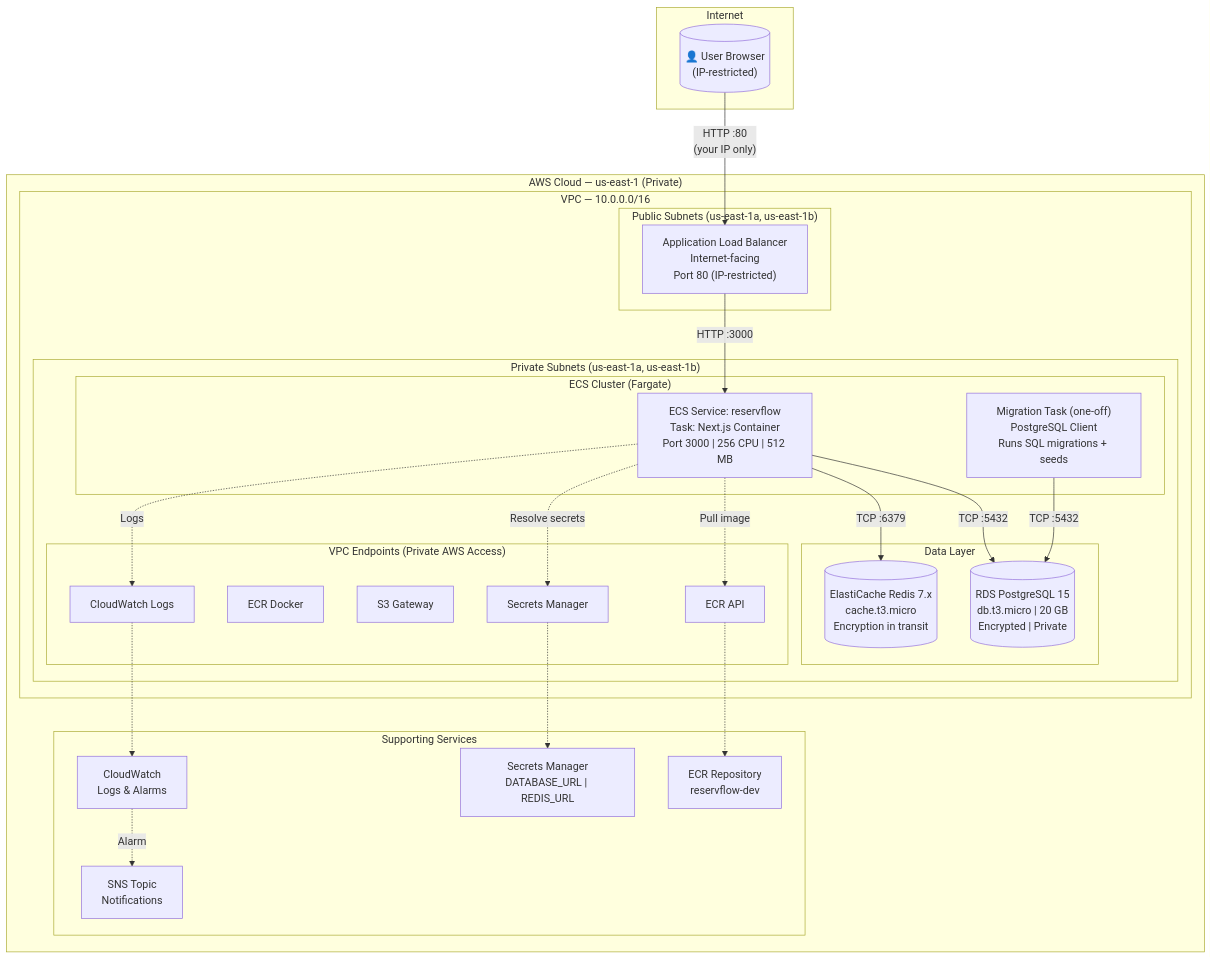
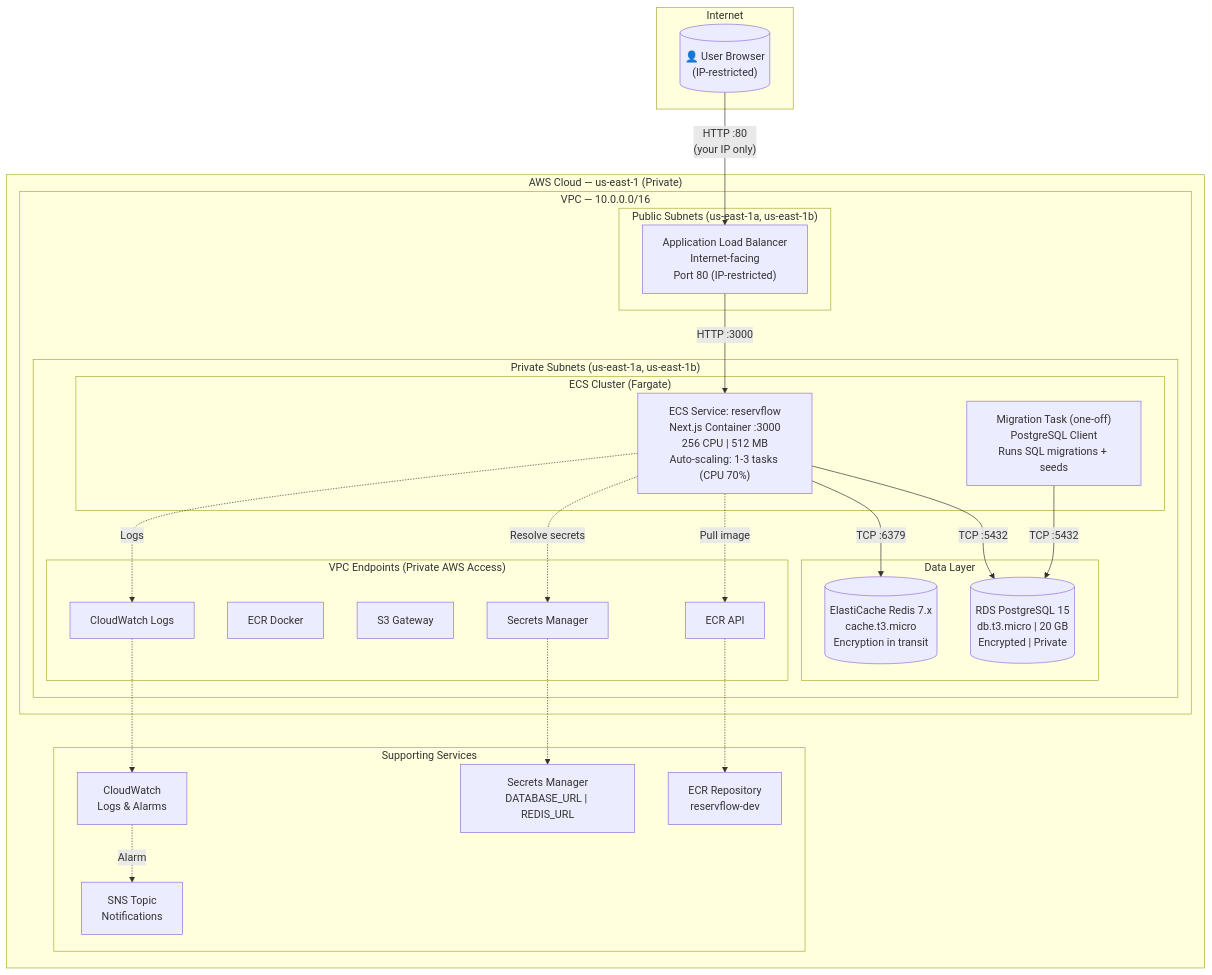
The first of 4 diagrams in README.md (Danieltlacuache/Hotel_Reservation_Proyect), drawn with Mermaid before and after one commit. The commit also changed other lines of this file and 2 other files, not shown here.

Commit message:
last updates

````diff
--- a/README.md
+++ b/README.md
@@ -35,58 +35,58 @@
 ```mermaid
 graph TB
     subgraph Internet
         User[("👤 User Browser<br/>(IP-restricted)")]
     end
 
     subgraph AWS["AWS Cloud — us-east-1 (Private)"]
 
         subgraph VPC["VPC — 10.0.0.0/16"]
 
             subgraph PublicSubnets["Public Subnets (us-east-1a, us-east-1b)"]
                 ALB["Application Load Balancer<br/>Internet-facing<br/>Port 80 (IP-restricted)"]
             end
 
             subgraph PrivateSubnets["Private Subnets (us-east-1a, us-east-1b)"]
 
                 subgraph ECSCluster["ECS Cluster (Fargate)"]
-                    AppService["ECS Service: reservflow<br/>Task: Next.js Container<br/>Port 3000 | 256 CPU | 512 MB"]
+                    AppService["ECS Service: reservflow<br/>Next.js Container :3000<br/>256 CPU | 512 MB<br/>Auto-scaling: 1-3 tasks (CPU 70%)"]
                     MigrationTask["Migration Task (one-off)<br/>PostgreSQL Client<br/>Runs SQL migrations + seeds"]
                 end
 
                 subgraph DataLayer["Data Layer"]
                     RDS[("RDS PostgreSQL 15<br/>db.t3.micro | 20 GB<br/>Encrypted | Private")]
                     Redis[("ElastiCache Redis 7.x<br/>cache.t3.micro<br/>Encryption in transit")]
                 end
 
                 subgraph VPCEndpoints["VPC Endpoints (Private AWS Access)"]
                     ECRA["ECR API"]
                     ECRD["ECR Docker"]
                     S3GW["S3 Gateway"]
                     SME["Secrets Manager"]
                     CWL["CloudWatch Logs"]
                 end
             end
         end
 
         subgraph Supporting["Supporting Services"]
             ECR["ECR Repository<br/>reservflow-dev"]
             SM["Secrets Manager<br/>DATABASE_URL | REDIS_URL"]
             CW["CloudWatch<br/>Logs & Alarms"]
             SNS["SNS Topic<br/>Notifications"]
         end
     end
 
     User -->|"HTTP :80<br/>(your IP only)"| ALB
     ALB -->|HTTP :3000| AppService
     AppService -->|TCP :5432| RDS
     AppService -->|TCP :6379| Redis
     MigrationTask -->|TCP :5432| RDS
 
     AppService -.->|Pull image| ECRA
     AppService -.->|Resolve secrets| SME
     AppService -.->|Logs| CWL
     ECRA -.-> ECR
     SME -.-> SM
     CWL -.-> CW
     CW -.->|Alarm| SNS
 ```
````
